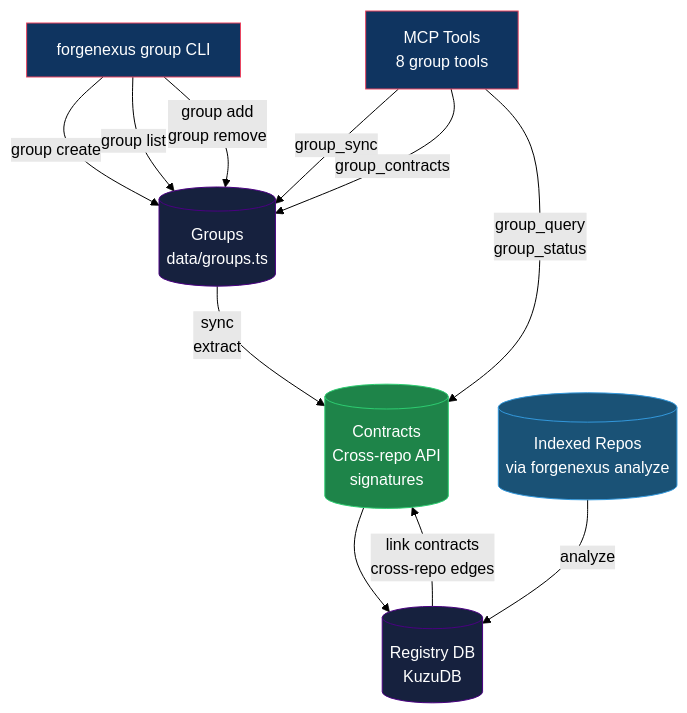
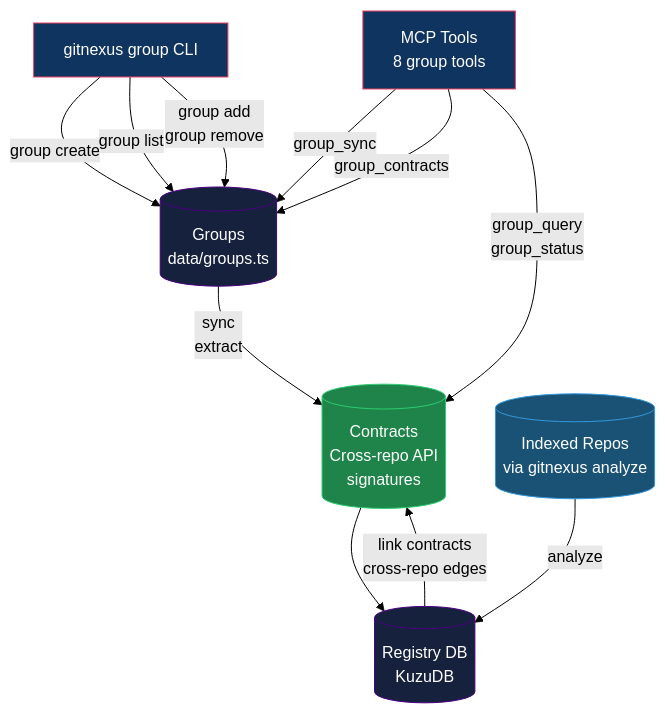
One commit to buiphucminhtam/forgewright changed diagram 11 of 15 in README.vi.md. Above: the diagram before and after it, drawn with Mermaid (forest theme). The commit also changed other lines of this file and 10 other files, not shown here.

````diff
--- a/README.vi.md
+++ b/README.vi.md
@@ -555,28 +555,28 @@
 ```mermaid
 flowchart TD
-    CLI["forgenexus group CLI"]
+    CLI["gitnexus group CLI"]
     MCP["MCP Tools<br/>8 group tools"]
     GROUPS[("Groups<br/>data/groups.ts")]
     REGISTRY[("Registry DB<br/>KuzuDB")]
     CONTRACTS[("Contracts<br/>Cross-repo API<br/>signatures")]
-    REPOS[("Indexed Repos<br/>via forgenexus analyze")]
+    REPOS[("Indexed Repos<br/>via gitnexus analyze")]
 
     CLI --> |"group create"| GROUPS
     CLI --> |"group list"| GROUPS
     CLI --> |"group add<br/>group remove"| GROUPS
     MCP --> |"group_sync"| GROUPS
     MCP --> |"group_contracts"| GROUPS
     MCP --> |"group_query<br/>group_status"| CONTRACTS
 
     GROUPS --> |"sync<br/>extract"| CONTRACTS
     CONTRACTS --> REGISTRY
     REPOS --> |"analyze"| REGISTRY
     REGISTRY --> |"link contracts<br/>cross-repo edges"| CONTRACTS
 
     style CLI fill:#0f3460,stroke:#e94560,color:#fff
     style MCP fill:#0f3460,stroke:#e94560,color:#fff
     style GROUPS fill:#16213e,stroke:#4B0082,color:#fff
     style REGISTRY fill:#16213e,stroke:#4B0082,color:#fff
     style CONTRACTS fill:#1e8449,stroke:#2ecc71,color:#fff
     style REPOS fill:#1a5276,stroke:#3498db,color:#fff
 ```
````
